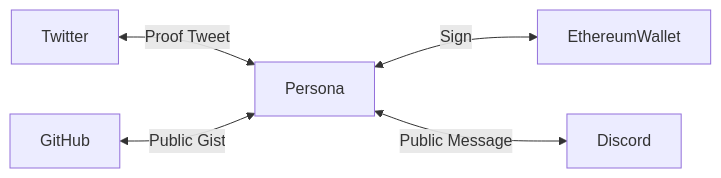
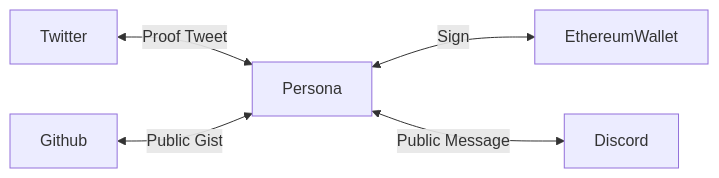
Before and after one commit to NextDotID/docs: the diagram in i18n/zh-Hans/docusaurus-plugin-content-docs/current/proof-service/glossary.md, drawn with Mermaid. The commit also changed other lines of this file and 61 other files, not shown here.

````diff
--- a/i18n/zh-Hans/docusaurus-plugin-content-docs/current/proof-service/glossary.md
+++ b/i18n/zh-Hans/docusaurus-plugin-content-docs/current/proof-service/glossary.md
@@ -20,8 +16,8 @@
 ```mermaid
 flowchart LR
 
 Twitter <-->|Proof Tweet|Persona
 Persona <-->|Sign|EthereumWallet
-GitHub <-->|Public Gist|Persona
+Github <-->|Public Gist|Persona
 Persona <-->|Public Message|Discord
 ```
````
